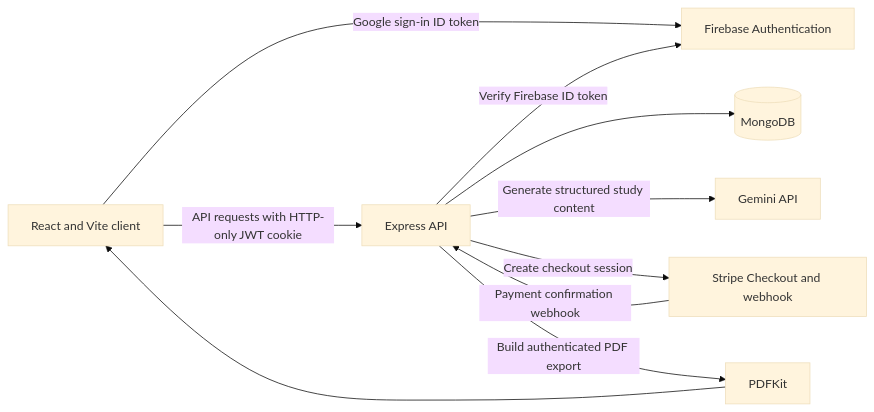
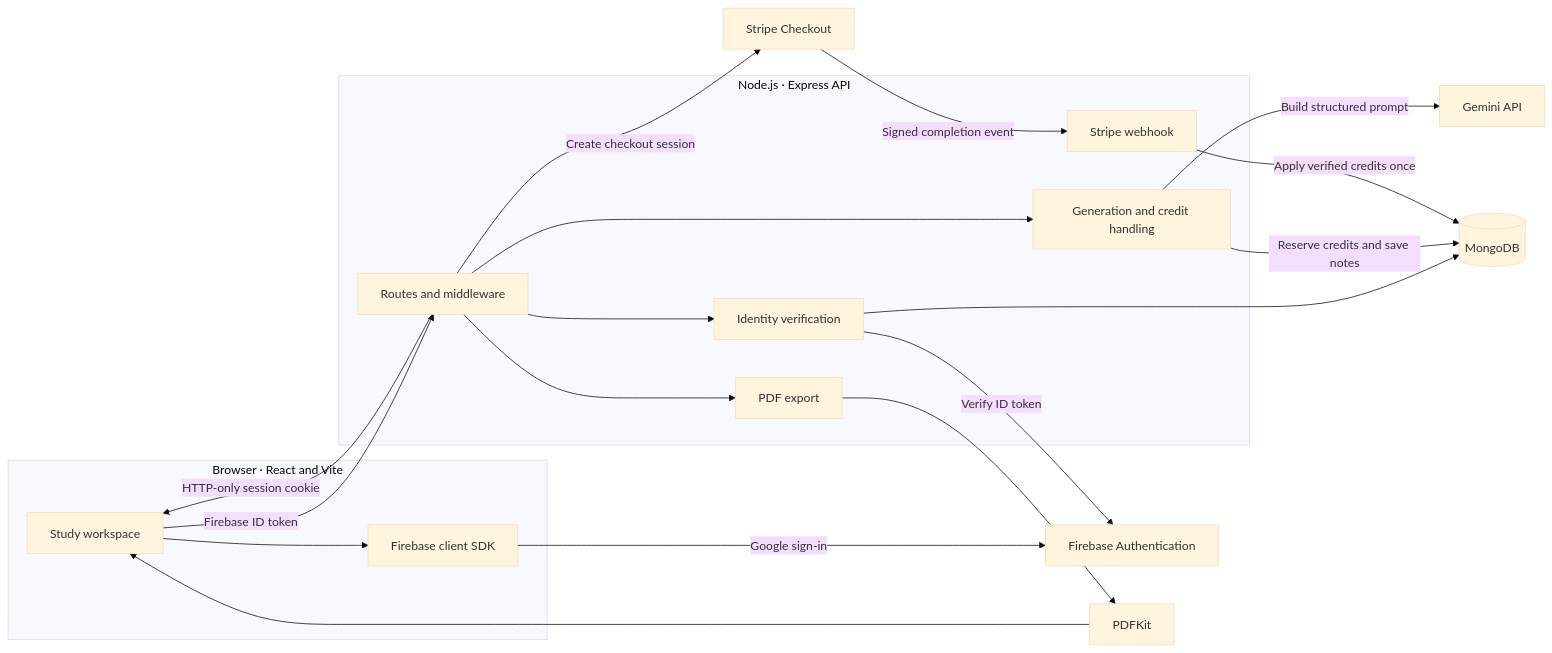
Before and after one commit to HarshithhKumar/PrepPilot-AI: the diagram in README.md, drawn with Mermaid (base theme). The commit also changed other lines of this file, not shown here.

````diff
--- a/README.md
+++ b/README.md
@@ -36,20 +71,38 @@
 ```mermaid
 flowchart LR
-  Browser[React and Vite client]
-  API[Express API]
-  Mongo[(MongoDB)]
-  Firebase[Firebase Authentication]
-  Gemini[Gemini API]
-  Stripe[Stripe Checkout and webhook]
-  PDF[PDFKit]
+  subgraph Client["Browser · React and Vite"]
+    UI["Study workspace"]
+    FirebaseSDK["Firebase client SDK"]
+  end
 
-  Browser -->|Google sign-in ID token| Firebase
-  Browser -->|API requests with HTTP-only JWT cookie| API
-  API -->|Verify Firebase ID token| Firebase
-  API --> Mongo
-  API -->|Generate structured study content| Gemini
-  API -->|Create checkout session| Stripe
-  Stripe -->|Payment confirmation webhook| API
-  API -->|Build authenticated PDF export| PDF
-  PDF --> Browser
+  subgraph Server["Node.js · Express API"]
+    Routes["Routes and middleware"]
+    Auth["Identity verification"]
+    Generation["Generation and credit handling"]
+    Export["PDF export"]
+    Webhook["Stripe webhook"]
+  end
+
+  Firebase["Firebase Authentication"]
+  Gemini["Gemini API"]
+  Mongo[("MongoDB")]
+  Stripe["Stripe Checkout"]
+  PDF["PDFKit"]
+
+  UI --> FirebaseSDK
+  FirebaseSDK -->|"Google sign-in"| Firebase
+  UI -->|"Firebase ID token"| Routes
+  Routes -->|"HTTP-only session cookie"| UI
+  Routes --> Auth
+  Auth -->|"Verify ID token"| Firebase
+  Auth --> Mongo
+  Routes --> Generation
+  Generation -->|"Build structured prompt"| Gemini
+  Generation -->|"Reserve credits and save notes"| Mongo
+  Routes --> Export
+  Export --> PDF
+  PDF --> UI
+  Routes -->|"Create checkout session"| Stripe
+  Stripe -->|"Signed completion event"| Webhook
+  Webhook -->|"Apply verified credits once"| Mongo
 ```
````
